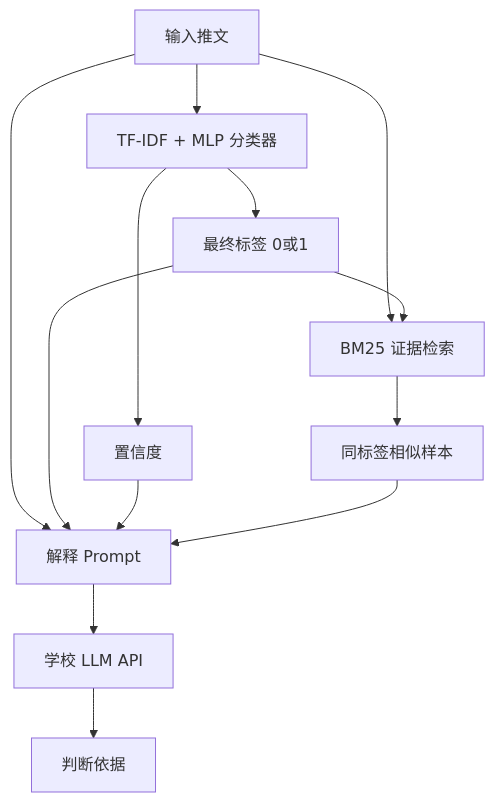
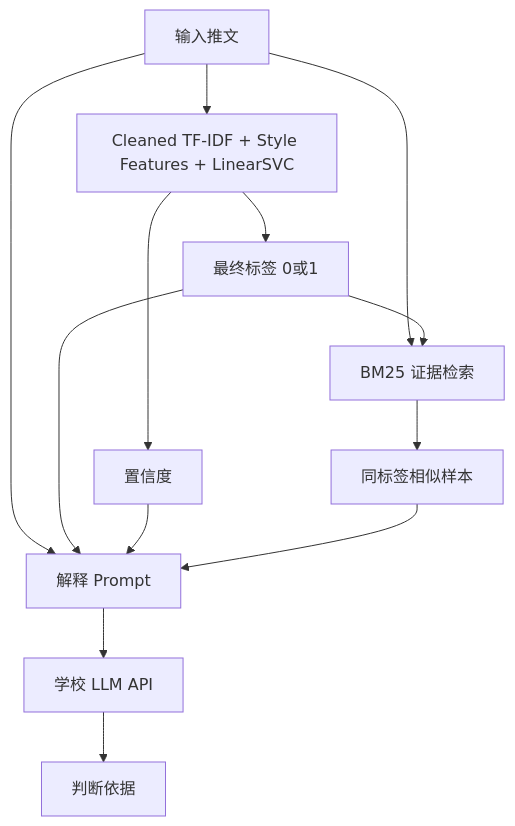
One commit to Wang-Xinya/AI-Rumor-Detector changed the diagram in README.md. Above: the diagram before and after it, drawn with Mermaid. The commit also changed other lines of this file, not shown here.

````diff
--- a/README.md
+++ b/README.md
@@ -16,17 +32,17 @@
 ```mermaid
 flowchart TD
-    inputText[输入推文] --> neuralModel[TF-IDF + MLP 分类器]
-    neuralModel --> finalLabel[最终标签 0或1]
-    neuralModel --> confidence[置信度]
+    inputText[输入推文] --> classifier[Cleaned TF-IDF + Style Features + LinearSVC]
+    classifier --> finalLabel[最终标签 0或1]
+    classifier --> confidence[置信度]
 
     inputText --> bm25[BM25 证据检索]
     finalLabel --> bm25
     bm25 --> evidence[同标签相似样本]
 
     inputText --> llmPrompt[解释 Prompt]
     finalLabel --> llmPrompt
     confidence --> llmPrompt
     evidence --> llmPrompt
     llmPrompt --> sjtuLLM[学校 LLM API]
     sjtuLLM --> explanation[判断依据]
 ```
````
